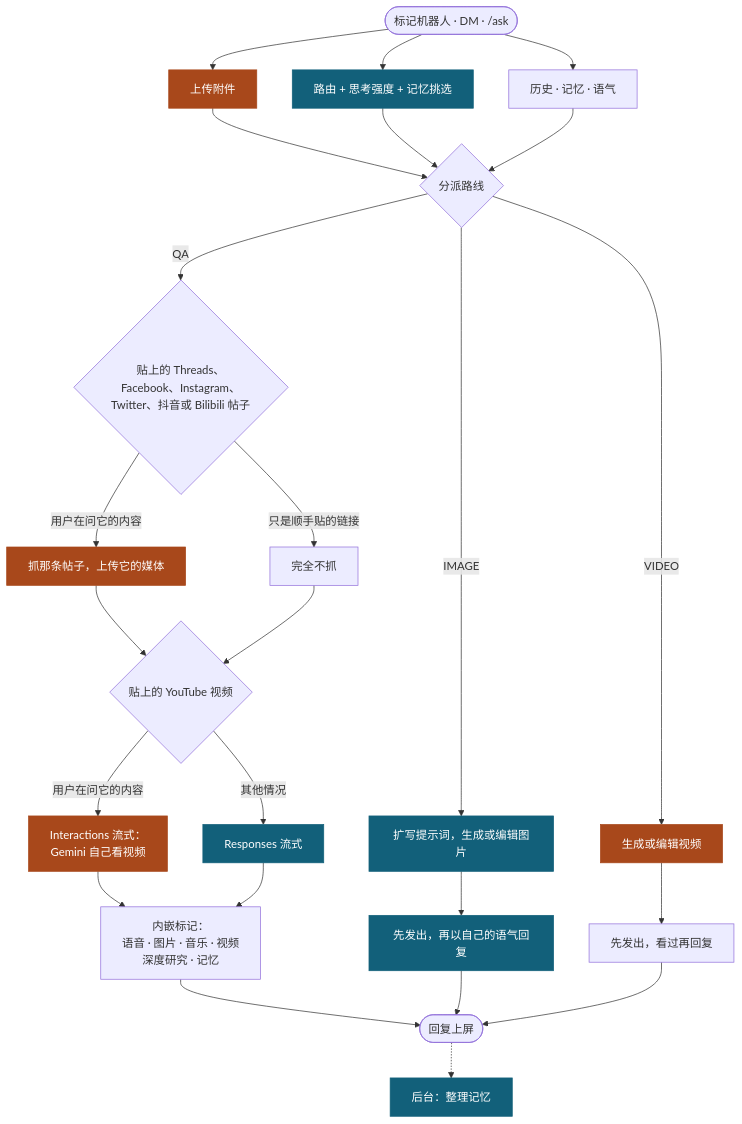
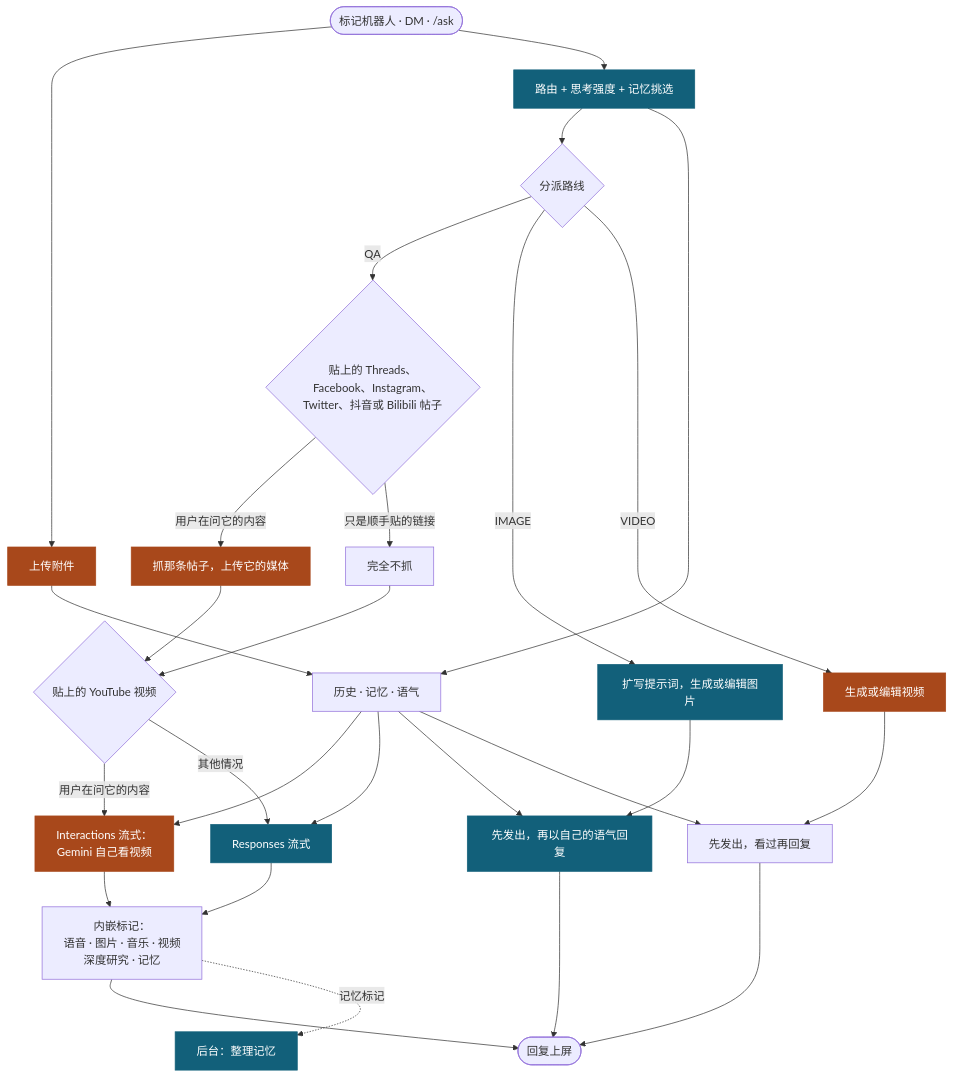
The diagram in README.zh-CN.md (Mai0313/discordbot), drawn with Mermaid before and after one commit. The commit also changed other lines of this file and 6 other files, not shown here.

````diff
--- a/README.zh-CN.md
+++ b/README.zh-CN.md
@@ -43,33 +43,34 @@
 ```mermaid
 flowchart TD
-    U(["标记机器人 · DM · /ask"]) --> UP & RT & CX
+    U(["标记机器人 · DM · /ask"]) --> UP & RT
 
     UP["上传附件"]
     RT["路由 + 思考强度 + 记忆挑选"]
     CX["历史 · 记忆 · 语气"]
 
-    UP & RT & CX --> R{"分派路线"}
+    RT --> R{"分派路线"}
+    UP & RT --> CX --> YT & QS & I2 & V2
 
     R -->|QA| L{"贴上的 Threads、Facebook、Instagram、<br/>Twitter、抖音或 Bilibili 帖子"}
     L -->|"用户在问它的内容"| LF["抓那条帖子，上传它的媒体"]
     L -->|"只是顺手贴的链接"| LS["完全不抓"]
     LF & LS --> Y{"贴上的 YouTube 视频"}
     Y -->|"用户在问它的内容"| YT["Interactions 流式：<br/>Gemini 自己看视频"]
     Y -->|"其他情况"| QS["Responses 流式"]
     YT & QS --> Q2["内嵌标记：<br/>语音 · 图片 · 音乐 · 视频<br/>深度研究 · 记忆"]
 
     R -->|IMAGE| I1["扩写提示词，生成或编辑图片"]
     I1 --> I2["先发出，再以自己的语气回复"]
     R -->|VIDEO| V1["生成或编辑视频"]
     V1 --> V2["先发出，看过再回复"]
 
     Q2 --> OUT(["回复上屏"])
     I2 --> OUT
     V2 --> OUT
-    OUT -.-> MM["后台：整理记忆"]
+    Q2 -.->|"记忆标记"| MM["后台：整理记忆"]
 
     classDef proxy fill:#12607a,stroke:#12607a,color:#ffffff
     classDef direct fill:#a8481b,stroke:#a8481b,color:#ffffff
     class RT,QS,I1,I2,MM proxy
     class UP,LF,YT,V1 direct
 ```
````
